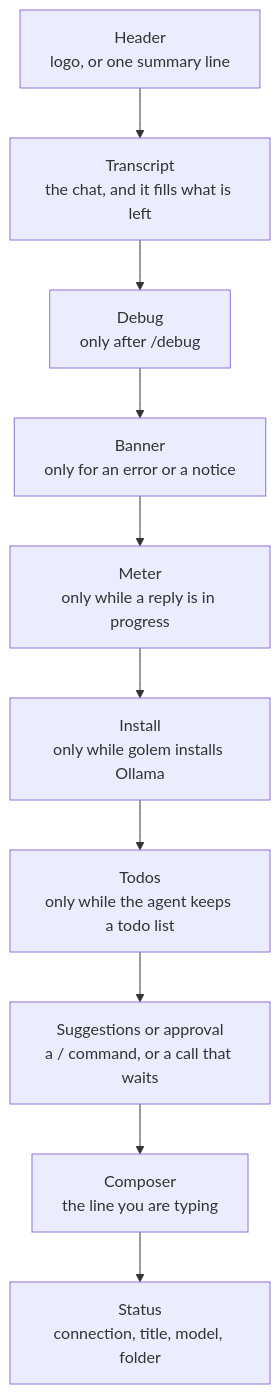
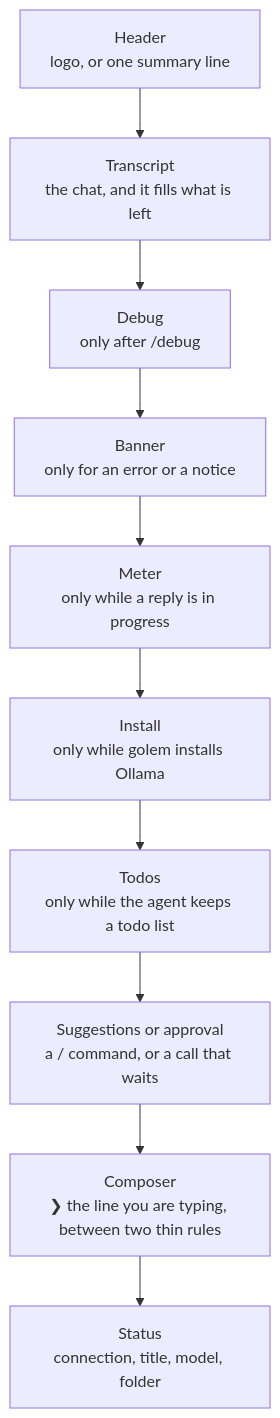
The eighth of 9 diagrams in docs/architecture.md (MilanPavel/golem), drawn with Mermaid before and after one commit. The commit also changed other lines of this file and 4 other files, not shown here.

Commit message:
feat(tui): the composer has a ❯ prompt between two thin rules, and a placeholder

````diff
--- a/docs/architecture.md
+++ b/docs/architecture.md
@@ -522,14 +522,14 @@
 ```mermaid
 flowchart TB
   header["Header<br>logo, or one summary line"]
   body["Transcript<br>the chat, and it fills what is left"]
   debug["Debug<br>only after /debug"]
   banner["Banner<br>only for an error or a notice"]
   meter["Meter<br>only while a reply is in progress"]
   install["Install<br>only while golem installs Ollama"]
   todos["Todos<br>only while the agent keeps a todo list"]
   suggestions["Suggestions or approval<br>a / command, or a call that waits"]
-  composer["Composer<br>the line you are typing"]
+  composer["Composer<br>❯ the line you are typing, between two thin rules"]
   status["Status<br>connection, title, model, folder"]
   header --> body --> debug --> banner --> meter --> install --> todos --> suggestions --> composer --> status
 ```
````
